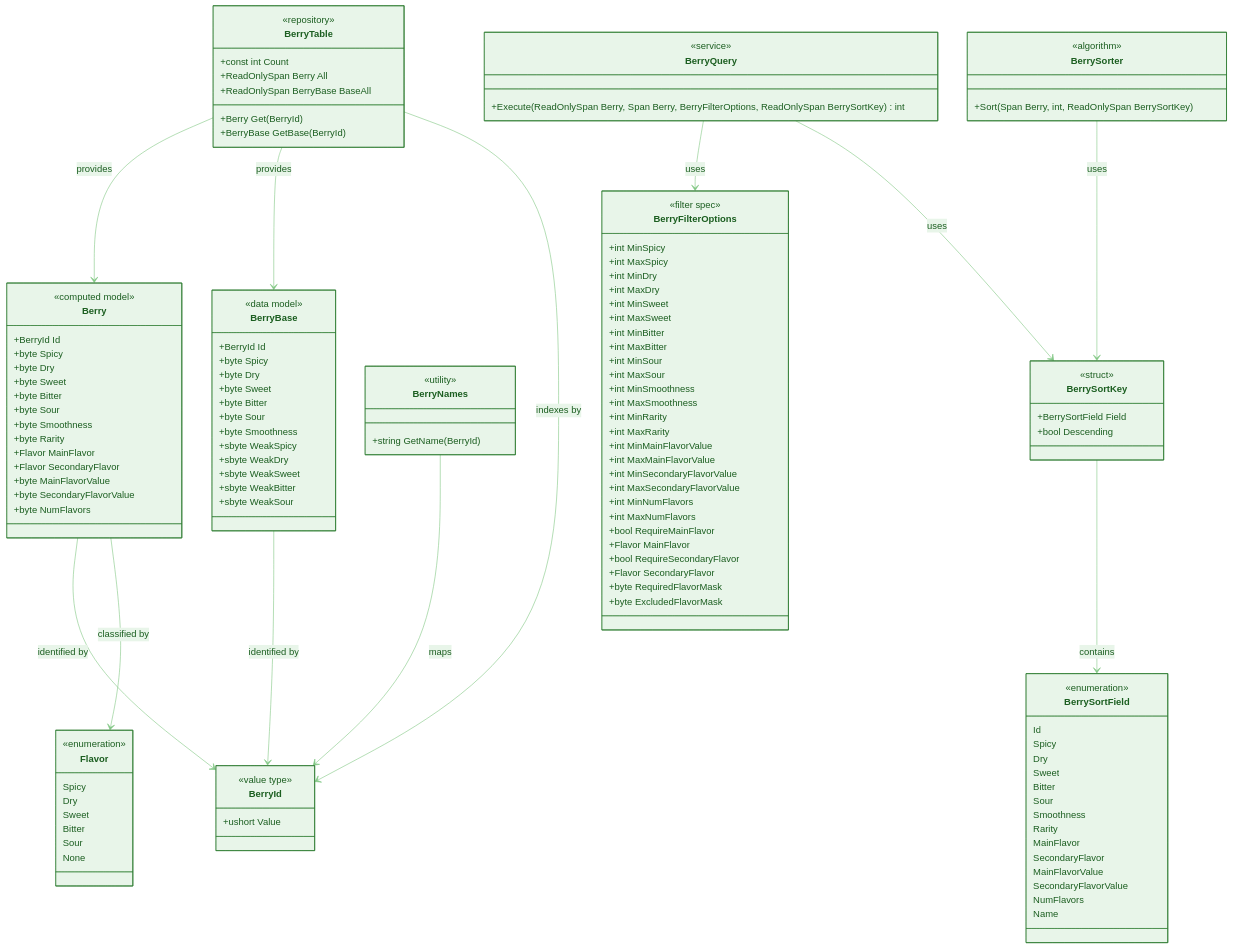
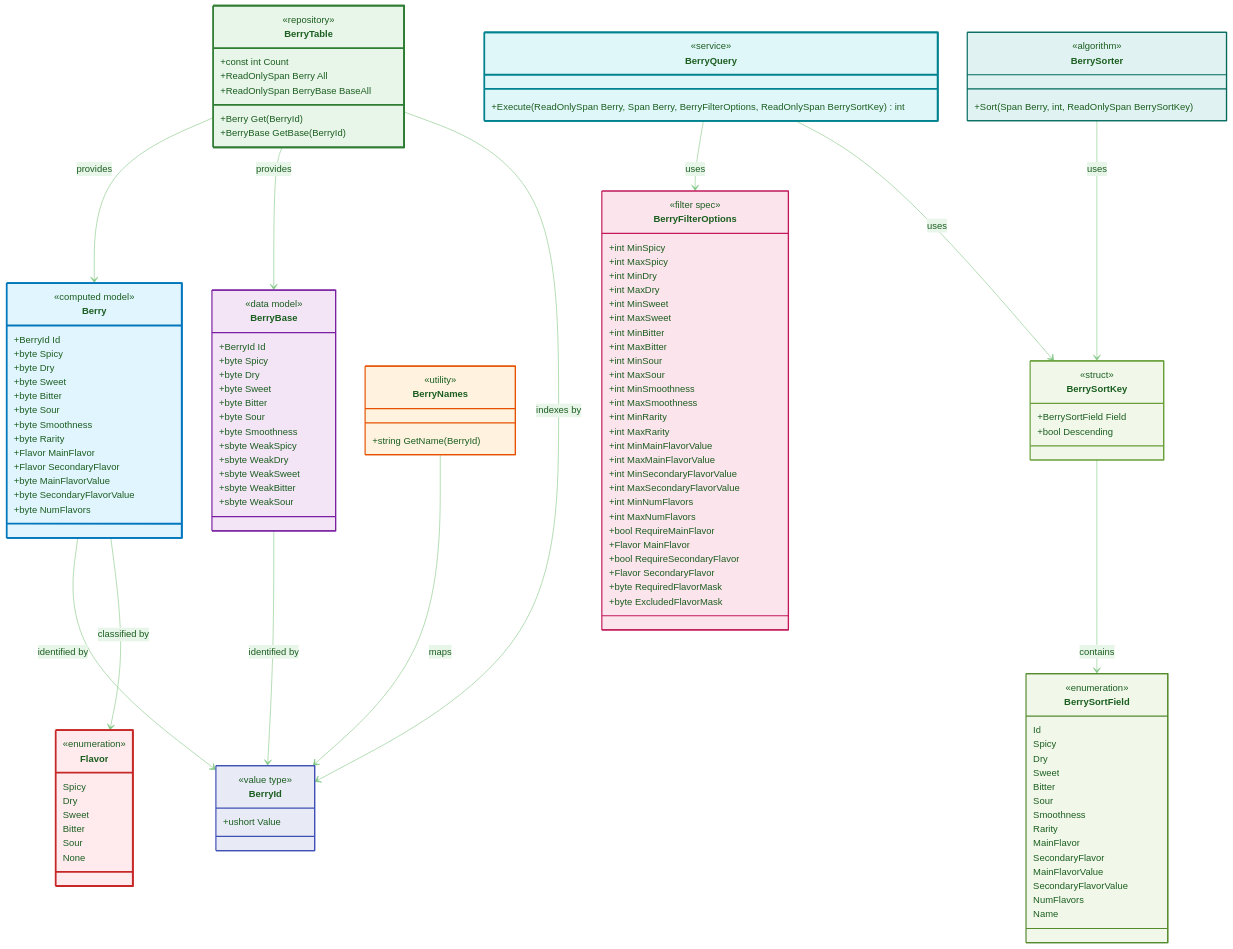
Before and after one commit to GlassToeStudio/BDSP: the diagram in docs/Berries.ClassDiagram.md, drawn with Mermaid.

Commit message:
colorize berries class diagram

```diff
--- a/docs/Berries.ClassDiagram.md
+++ b/docs/Berries.ClassDiagram.md
@@ -15,10 +15,14 @@
         Sour
         None
     }
+    style Flavor fill:#ffebee,stroke:#c62828,stroke-width:3px
+
     class BerryId {
         <<value type>>
         +ushort Value
     }
+    style BerryId fill:#e8eaf6,stroke:#3f51b5,stroke-width:2px
+
     class BerryBase {
         <<data model>>
         +BerryId Id
@@ -34,6 +38,8 @@
         +sbyte WeakBitter
         +sbyte WeakSour
     }
+    style BerryBase fill:#f3e5f5,stroke:#7b1fa2,stroke-width:2px
+
     class Berry {
         <<computed model>>
         +BerryId Id
@@ -50,6 +56,8 @@
         +byte SecondaryFlavorValue
         +byte NumFlavors
     }
+    style Berry fill:#e1f5fe,stroke:#0277bd,stroke-width:3px
+
     class BerryTable {
         <<repository>>
         +const int Count
@@ -58,10 +66,14 @@
         +Berry Get(BerryId)
         +BerryBase GetBase(BerryId)
     }
+    style BerryTable fill:#e8f5e9,stroke:#2e7d32,stroke-width:3px
+
     class BerryNames {
         <<utility>>
         +string GetName(BerryId)
     }
+    style BerryNames fill:#fff3e0,stroke:#e65100,stroke-width:2px
+
     class BerryFilterOptions {
         <<filter spec>>
         +int MinSpicy
@@ -91,6 +103,8 @@
         +byte RequiredFlavorMask
         +byte ExcludedFlavorMask
     }
+    style BerryFilterOptions fill:#fce4ec,stroke:#c2185b,stroke-width:2px
+
     class BerrySortField {
         <<enumeration>>
         Id
@@ -108,19 +122,26 @@
         NumFlavors
         Name
     }
-    class BerrySortKey {
+    style BerrySortField fill:#f1f8e9,stroke:#558b2f,stroke-width:2px
+
+class BerrySortKey {
         <<struct>>
         +BerrySortField Field
         +bool Descending
     }
+    style BerrySortKey fill:#f1f8e9,stroke:#689f38,stroke-width:2px
+
     class BerrySorter {
         <<algorithm>>
         +Sort(Span Berry, int, ReadOnlySpan BerrySortKey)
     }
+    style BerrySorter fill:#e0f2f1,stroke:#00695c,stroke-width:2px
+
     class BerryQuery {
         <<service>>
         +Execute(ReadOnlySpan Berry, Span Berry, BerryFilterOptions, ReadOnlySpan BerrySortKey) int
     }
+    style BerryQuery fill:#e0f7fa,stroke:#00838f,stroke-width:3px
 
     BerryTable --> Berry : provides
     BerryTable --> BerryBase : provides
```
